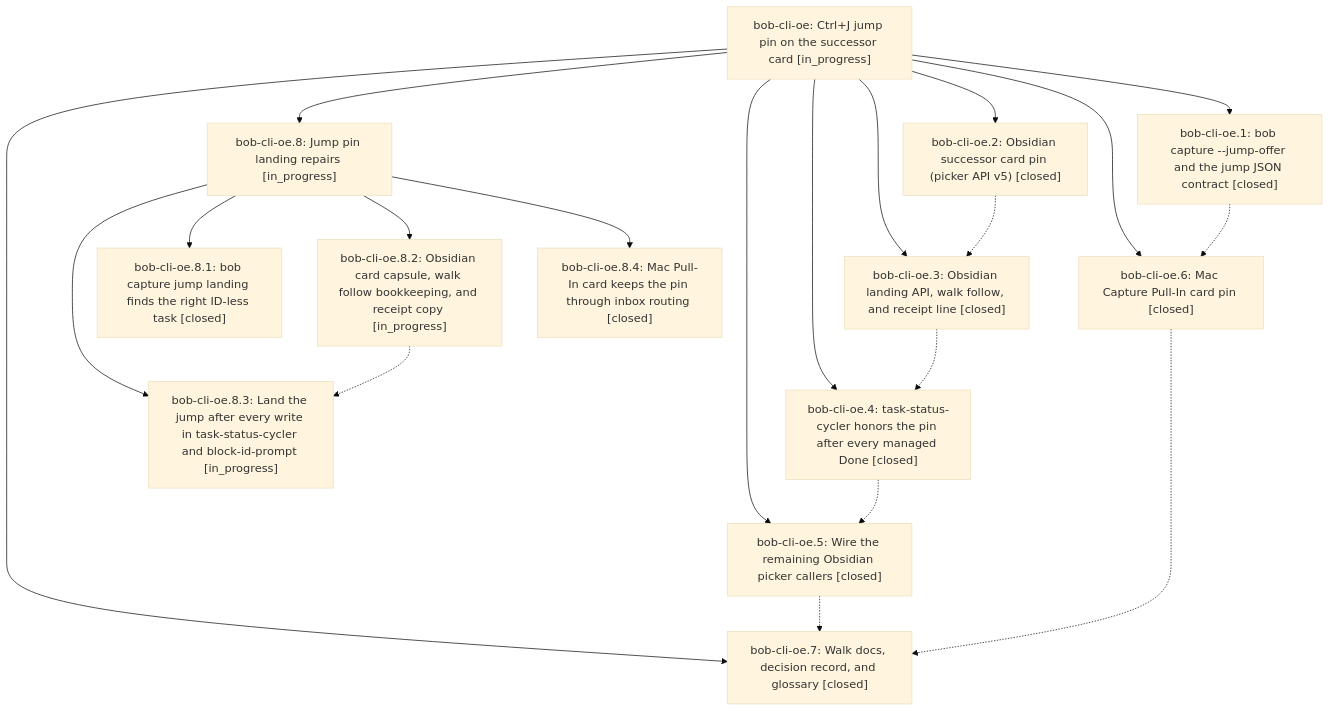
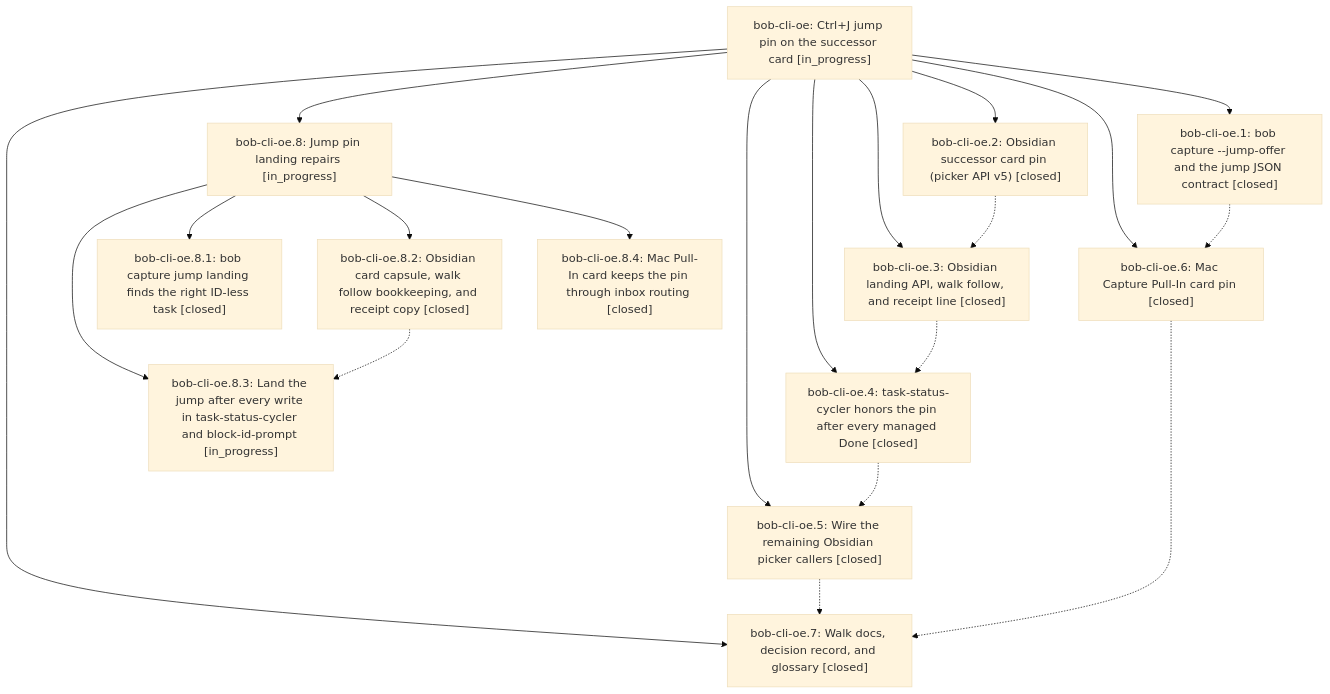
The diagram in pages/bob-cli-oe/README.md (bobs-org/bob-cli--beads), drawn with Mermaid (base theme) before and after one commit. The commit also changed other lines of this file and 7 other files, not shown here.

First line of the commit message:
chore(beads): sync bead state and pages for bob-cli-oe

````diff
--- a/pages/bob-cli-oe/README.md
+++ b/pages/bob-cli-oe/README.md
@@ -50,35 +50,35 @@
 ```mermaid
 flowchart TD
     n0["bob-cli-oe: Ctrl+J jump pin on the successor card [in_progress]"]
     n1["bob-cli-oe.1: bob capture --jump-offer and the jump JSON contract [closed]"]
     n2["bob-cli-oe.2: Obsidian successor card pin (picker API v5) [closed]"]
     n3["bob-cli-oe.3: Obsidian landing API, walk follow, and receipt line [closed]"]
     n4["bob-cli-oe.4: task-status-cycler honors the pin after every managed Done [closed]"]
     n5["bob-cli-oe.5: Wire the remaining Obsidian picker callers [closed]"]
     n6["bob-cli-oe.6: Mac Capture Pull-In card pin [closed]"]
     n7["bob-cli-oe.7: Walk docs, decision record, and glossary [closed]"]
     n8["bob-cli-oe.8: Jump pin landing repairs [in_progress]"]
     n9["bob-cli-oe.8.1: bob capture jump landing finds the right ID-less task [closed]"]
-    n10["bob-cli-oe.8.2: Obsidian card capsule, walk follow bookkeeping, and receipt copy [in_progress]"]
+    n10["bob-cli-oe.8.2: Obsidian card capsule, walk follow bookkeeping, and receipt copy [closed]"]
     n11["bob-cli-oe.8.3: Land the jump after every write in task-status-cycler and block-id-prompt [in_progress]"]
     n12["bob-cli-oe.8.4: Mac Pull-In card keeps the pin through inbox routing [closed]"]
     n0 --> n1
     n0 --> n2
     n0 --> n3
     n0 --> n4
     n0 --> n5
     n0 --> n6
     n0 --> n7
     n0 --> n8
     n8 --> n9
     n8 --> n10
     n8 --> n11
     n8 --> n12
     n1 -.-> n6
     n2 -.-> n3
     n3 -.-> n4
     n4 -.-> n5
     n5 -.-> n7
     n6 -.-> n7
     n10 -.-> n11
 ```
````
